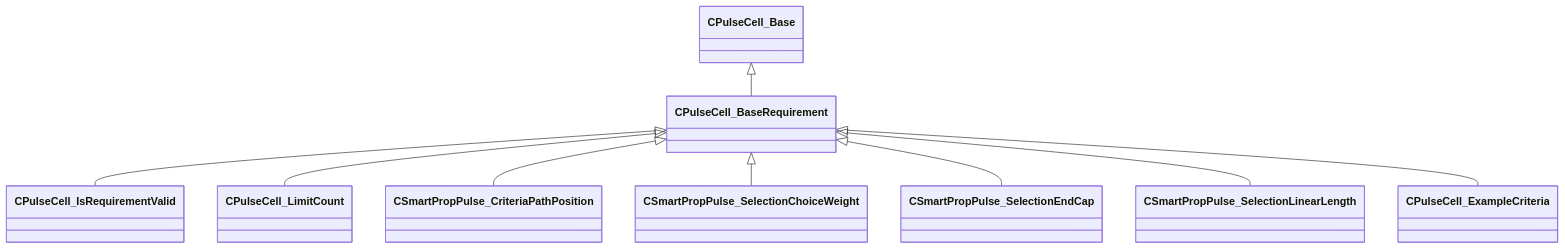
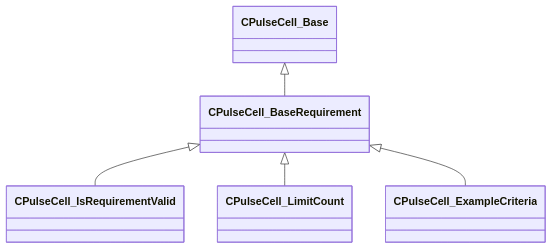
The diagram in docs/generated/schemas/pulse_runtime_lib/CPulseCell_BaseRequirement.md (CS2OpenDev/CS2OpenDev-Docs), drawn with Mermaid before and after one commit. The commit also changed other lines of this file and 4654 other files, not shown here.

Commit message:
docs: regenerate for SchemaTracker build 25947352 [skip ci]

````diff
--- a/docs/generated/schemas/pulse_runtime_lib/CPulseCell_BaseRequirement.md
+++ b/docs/generated/schemas/pulse_runtime_lib/CPulseCell_BaseRequirement.md
@@ -21,11 +21,7 @@
 ```mermaid
 classDiagram
     CPulseCell_Base <|-- CPulseCell_BaseRequirement
     CPulseCell_BaseRequirement <|-- CPulseCell_IsRequirementValid
     CPulseCell_BaseRequirement <|-- CPulseCell_LimitCount
-    CPulseCell_BaseRequirement <|-- CSmartPropPulse_CriteriaPathPosition
-    CPulseCell_BaseRequirement <|-- CSmartPropPulse_SelectionChoiceWeight
-    CPulseCell_BaseRequirement <|-- CSmartPropPulse_SelectionEndCap
-    CPulseCell_BaseRequirement <|-- CSmartPropPulse_SelectionLinearLength
     CPulseCell_BaseRequirement <|-- CPulseCell_ExampleCriteria
 ```
````
